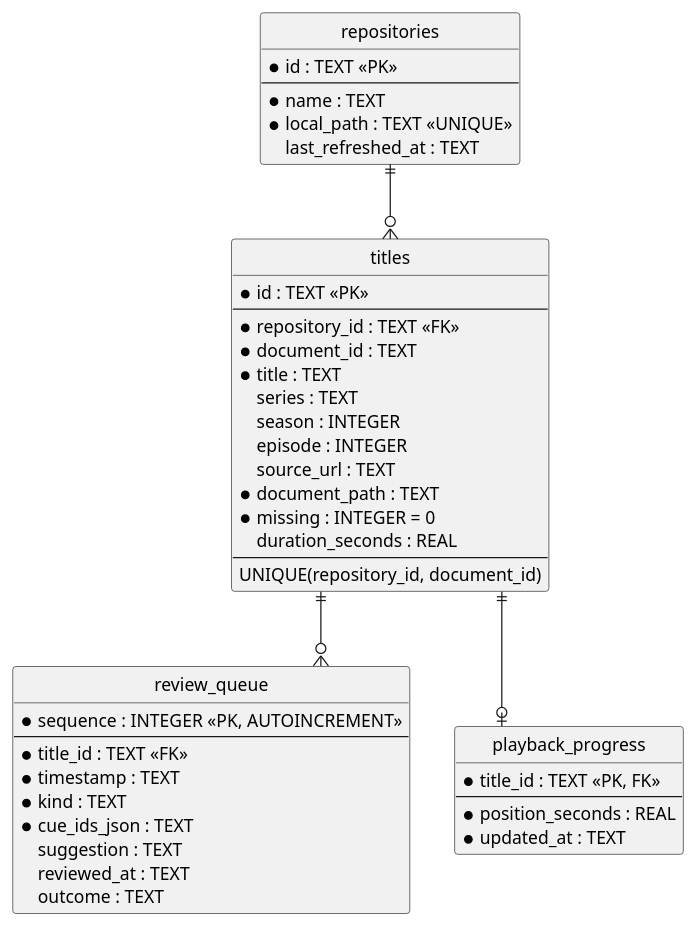
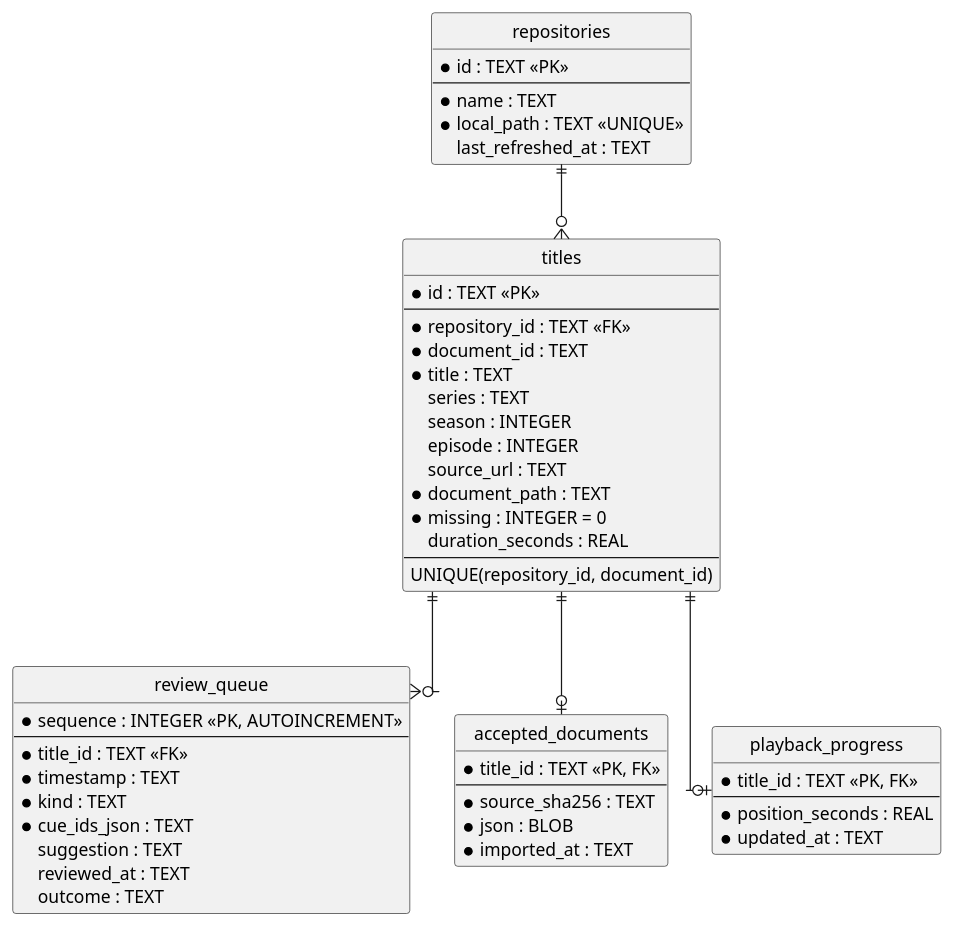
Before and after one commit to parkie213/petites-roues: the diagram in docs/diagrams/database-schema.puml, drawn with PlantUML. The commit also changed 38 other files, not shown here.

First line of the commit message:
Serve documents from the accepted copy and import on completion

```diff
--- a/docs/diagrams/database-schema.puml
+++ b/docs/diagrams/database-schema.puml
@@ -1,54 +1,63 @@
 @startuml
 hide circle
 skinparam linetype ortho
 skinparam shadowing false
 
 entity "repositories" as repositories {
   * id : TEXT <<PK>>
   --
   * name : TEXT
   * local_path : TEXT <<UNIQUE>>
   last_refreshed_at : TEXT
 }
 
 entity "titles" as titles {
   * id : TEXT <<PK>>
   --
   * repository_id : TEXT <<FK>>
   * document_id : TEXT
   * title : TEXT
   series : TEXT
   season : INTEGER
   episode : INTEGER
   source_url : TEXT
   * document_path : TEXT
   * missing : INTEGER = 0
   duration_seconds : REAL
   --
   UNIQUE(repository_id, document_id)
 }
 
 entity "review_queue" as reviews {
   * sequence : INTEGER <<PK, AUTOINCREMENT>>
   --
   * title_id : TEXT <<FK>>
   * timestamp : TEXT
   * kind : TEXT
   * cue_ids_json : TEXT
   suggestion : TEXT
   reviewed_at : TEXT
   outcome : TEXT
 }
 
+entity "accepted_documents" as accepted {
+  * title_id : TEXT <<PK, FK>>
+  --
+  * source_sha256 : TEXT
+  * json : BLOB
+  * imported_at : TEXT
+}
+
 entity "playback_progress" as progress {
   * title_id : TEXT <<PK, FK>>
   --
   * position_seconds : REAL
   * updated_at : TEXT
 }
 
 repositories ||--o{ titles
 titles ||--o{ reviews
+titles ||--o| accepted
 titles ||--o| progress
 
 @enduml
```
